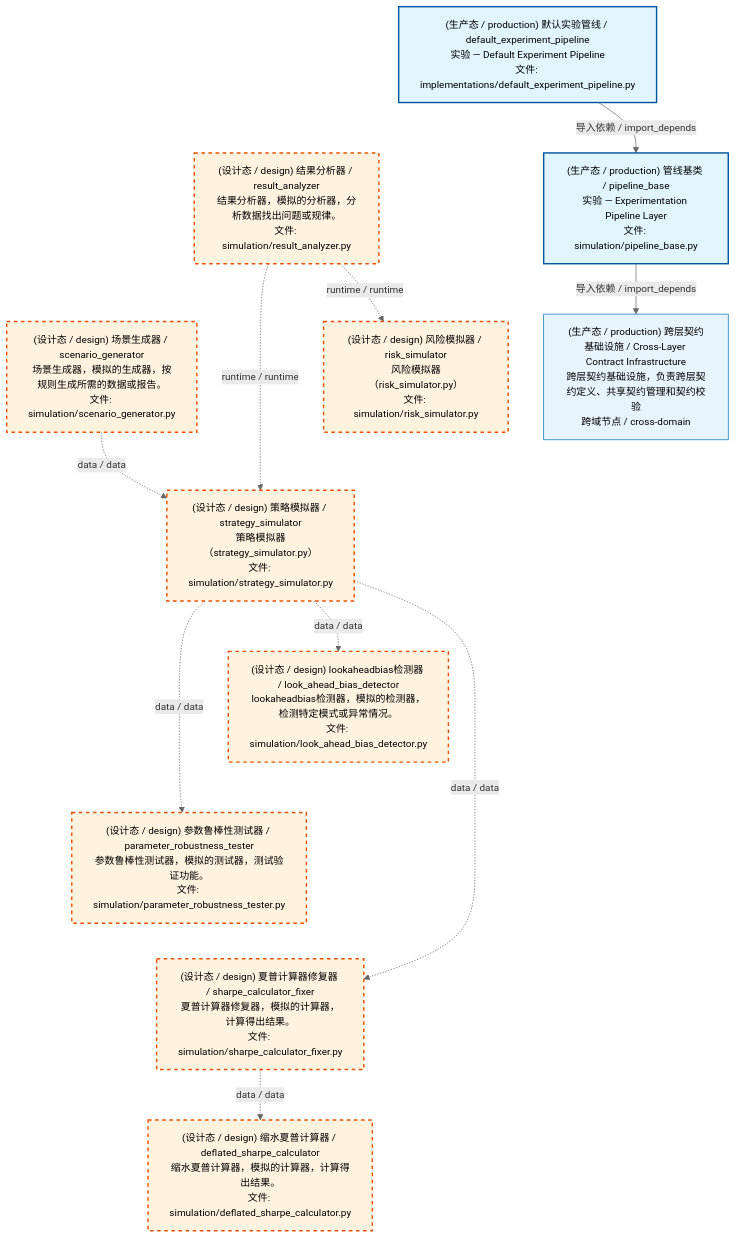
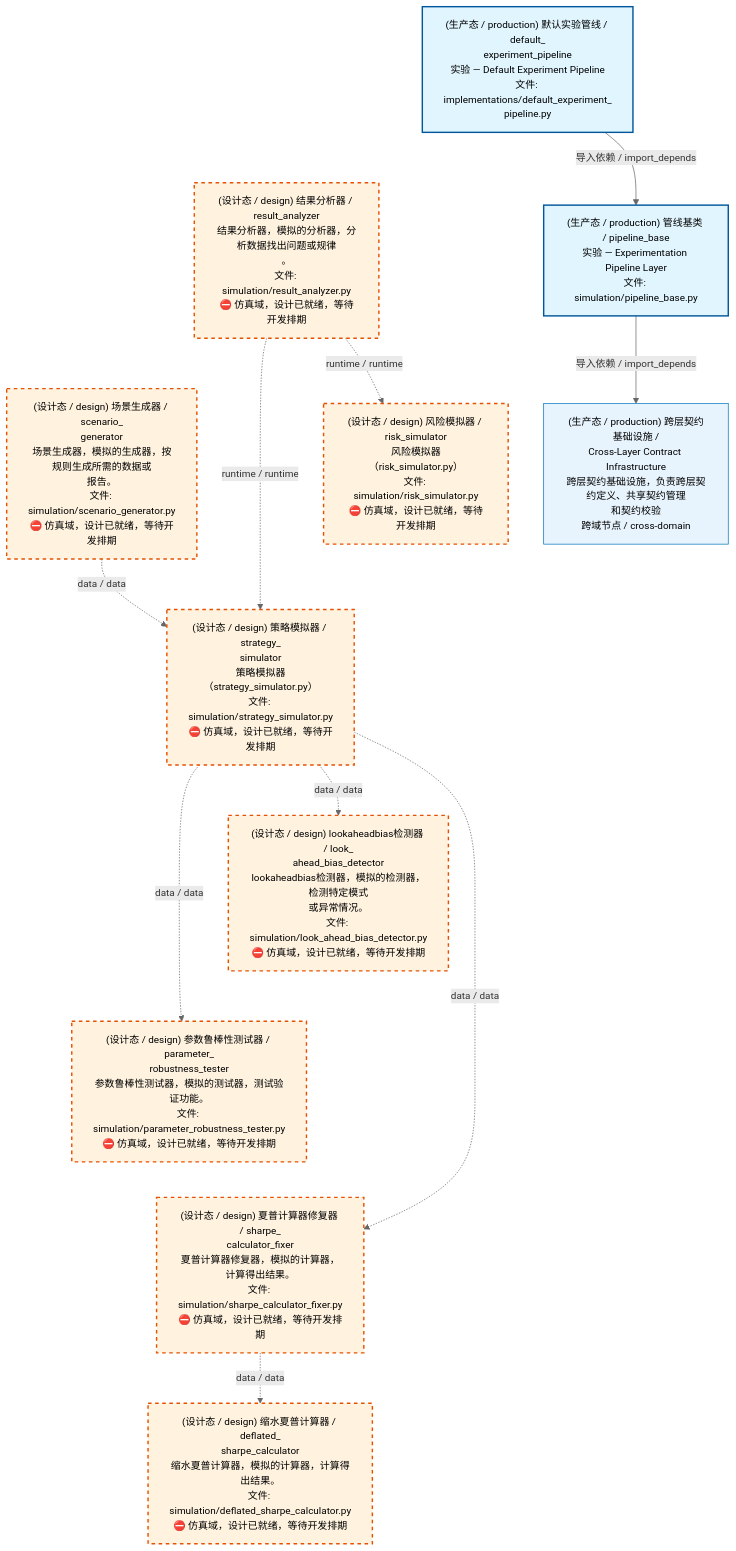
Before and after one commit to xuanFelixVan/ZephyrAlpha: the first of 4 diagrams in docs/02_enterprise_architecture/02_domain_architecture_docs/70_d_simulation.md, drawn with Mermaid. The commit also changed other lines of this file and 61 other files, not shown here.

````diff
--- a/docs/02_enterprise_architecture/02_domain_architecture_docs/70_d_simulation.md
+++ b/docs/02_enterprise_architecture/02_domain_architecture_docs/70_d_simulation.md
@@ -53,37 +53,37 @@
 ```mermaid
 %%{init: {'theme': 'base', 'themeVariables': {'primaryColor': '#eaeaea', 'primaryTextColor': '#333333', 'primaryBorderColor': '#666666', 'lineColor': '#666666', 'secondaryColor': '#eaeaea', 'tertiaryColor': '#eaeaea', 'fontSize': '14px'}}}%%
 flowchart TD
-    src_zephyr_simulation_implementations_default_experiment_pipeline_py["(生产态 / production) 默认实验管线 / default_experiment_pipeline<br/>实验 — Default Experiment Pipeline<br/>文件: implementations/default_experiment_pipeline.py"]
-    src_zephyr_simulation_result_analyzer_py["(设计态 / design) 结果分析器 / result_analyzer<br/>结果分析器，模拟的分析器，分析数据找出问题或规律。<br/>文件: simulation/result_analyzer.py"]
-    src_zephyr_simulation_scenario_generator_py["(设计态 / design) 场景生成器 / scenario_generator<br/>场景生成器，模拟的生成器，按规则生成所需的数据或报告。<br/>文件: simulation/scenario_generator.py"]
+    src_zephyr_simulation_implementations_default_experiment_pipeline_py["(生产态 / production) 默认实验管线 / default_<br/>experiment_pipeline<br/>实验 — Default Experiment Pipeline<br/>文件: implementations/default_experiment_<br/>pipeline.py"]
+    src_zephyr_simulation_result_analyzer_py["(设计态 / design) 结果分析器 / result_analyzer<br/>结果分析器，模拟的分析器，分析数据找出问题或规律<br/>。<br/>文件: simulation/result_analyzer.py<br/>⛔ 仿真域，设计已就绪，等待开发排期"]
+    src_zephyr_simulation_scenario_generator_py["(设计态 / design) 场景生成器 / scenario_<br/>generator<br/>场景生成器，模拟的生成器，按规则生成所需的数据或<br/>报告。<br/>文件: simulation/scenario_generator.py<br/>⛔ 仿真域，设计已就绪，等待开发排期"]
     src_zephyr_simulation_implementations_default_experiment_pipeline_py ~~~ src_zephyr_simulation_result_analyzer_py
     src_zephyr_simulation_result_analyzer_py ~~~ src_zephyr_simulation_scenario_generator_py
     src_zephyr_simulation_pipeline_base_py["(生产态 / production) 管线基类 / pipeline_base<br/>实验 — Experimentation Pipeline Layer<br/>文件: simulation/pipeline_base.py"]
-    src_zephyr_simulation_risk_simulator_py["(设计态 / design) 风险模拟器 / risk_simulator<br/>风险模拟器（risk_simulator.py）<br/>文件: simulation/risk_simulator.py"]
-    src_zephyr_simulation_strategy_simulator_py["(设计态 / design) 策略模拟器 / strategy_simulator<br/>策略模拟器（strategy_simulator.py）<br/>文件: simulation/strategy_simulator.py"]
+    src_zephyr_simulation_risk_simulator_py["(设计态 / design) 风险模拟器 / risk_simulator<br/>风险模拟器（risk_simulator.py）<br/>文件: simulation/risk_simulator.py<br/>⛔ 仿真域，设计已就绪，等待开发排期"]
+    src_zephyr_simulation_strategy_simulator_py["(设计态 / design) 策略模拟器 / strategy_<br/>simulator<br/>策略模拟器（strategy_simulator.py）<br/>文件: simulation/strategy_simulator.py<br/>⛔ 仿真域，设计已就绪，等待开发排期"]
     src_zephyr_simulation_pipeline_base_py ~~~ src_zephyr_simulation_risk_simulator_py
     src_zephyr_simulation_risk_simulator_py ~~~ src_zephyr_simulation_strategy_simulator_py
-    src_zephyr_simulation_look_ahead_bias_detector_py["(设计态 / design) lookaheadbias检测器 / look_ahead_bias_detector<br/>lookaheadbias检测器，模拟的检测器，检测特定模式或异常情况。<br/>文件: simulation/look_ahead_bias_detector.py"]
-    src_zephyr_simulation_parameter_robustness_tester_py["(设计态 / design) 参数鲁棒性测试器 / parameter_robustness_tester<br/>参数鲁棒性测试器，模拟的测试器，测试验证功能。<br/>文件: simulation/parameter_robustness_tester.py"]
-    src_zephyr_simulation_sharpe_calculator_fixer_py["(设计态 / design) 夏普计算器修复器 / sharpe_calculator_fixer<br/>夏普计算器修复器，模拟的计算器，计算得出结果。<br/>文件: simulation/sharpe_calculator_fixer.py"]
+    src_zephyr_simulation_look_ahead_bias_detector_py["(设计态 / design) lookaheadbias检测器 / look_<br/>ahead_bias_detector<br/>lookaheadbias检测器，模拟的检测器，检测特定模式<br/>或异常情况。<br/>文件: simulation/look_ahead_bias_detector.py<br/>⛔ 仿真域，设计已就绪，等待开发排期"]
+    src_zephyr_simulation_parameter_robustness_tester_py["(设计态 / design) 参数鲁棒性测试器 / parameter_<br/>robustness_tester<br/>参数鲁棒性测试器，模拟的测试器，测试验证功能。<br/>文件: simulation/parameter_robustness_tester.py<br/>⛔ 仿真域，设计已就绪，等待开发排期"]
+    src_zephyr_simulation_sharpe_calculator_fixer_py["(设计态 / design) 夏普计算器修复器 / sharpe_<br/>calculator_fixer<br/>夏普计算器修复器，模拟的计算器，计算得出结果。<br/>文件: simulation/sharpe_calculator_fixer.py<br/>⛔ 仿真域，设计已就绪，等待开发排期"]
     src_zephyr_simulation_look_ahead_bias_detector_py ~~~ src_zephyr_simulation_parameter_robustness_tester_py
     src_zephyr_simulation_parameter_robustness_tester_py ~~~ src_zephyr_simulation_sharpe_calculator_fixer_py
-    src_zephyr_simulation_deflated_sharpe_calculator_py["(设计态 / design) 缩水夏普计算器 / deflated_sharpe_calculator<br/>缩水夏普计算器，模拟的计算器，计算得出结果。<br/>文件: simulation/deflated_sharpe_calculator.py"]
+    src_zephyr_simulation_deflated_sharpe_calculator_py["(设计态 / design) 缩水夏普计算器 / deflated_<br/>sharpe_calculator<br/>缩水夏普计算器，模拟的计算器，计算得出结果。<br/>文件: simulation/deflated_sharpe_calculator.py<br/>⛔ 仿真域，设计已就绪，等待开发排期"]
     src_zephyr_simulation_strategy_simulator_py -.->|data / data| src_zephyr_simulation_parameter_robustness_tester_py
     src_zephyr_simulation_strategy_simulator_py -.->|data / data| src_zephyr_simulation_look_ahead_bias_detector_py
     src_zephyr_simulation_strategy_simulator_py -.->|data / data| src_zephyr_simulation_sharpe_calculator_fixer_py
     src_zephyr_simulation_scenario_generator_py -.->|data / data| src_zephyr_simulation_strategy_simulator_py
     src_zephyr_simulation_result_analyzer_py -.->|runtime / runtime| src_zephyr_simulation_strategy_simulator_py
     src_zephyr_simulation_result_analyzer_py -.->|runtime / runtime| src_zephyr_simulation_risk_simulator_py
     src_zephyr_simulation_sharpe_calculator_fixer_py -.->|data / data| src_zephyr_simulation_deflated_sharpe_calculator_py
     src_zephyr_simulation_implementations_default_experiment_pipeline_py -->|导入依赖 / import_depends| src_zephyr_simulation_pipeline_base_py
-    D_INFRASTRUCTURE["(生产态 / production) 跨层契约基础设施 / Cross-Layer Contract Infrastructure<br/>跨层契约基础设施，负责跨层契约定义、共享契约管理和契约校验<br/>跨域节点 / cross-domain"]
+    D_INFRASTRUCTURE["(生产态 / production) 跨层契约基础设施 /<br/>Cross-Layer Contract Infrastructure<br/>跨层契约基础设施，负责跨层契约定义、共享契约管理<br/>和契约校验<br/>跨域节点 / cross-domain"]
     src_zephyr_simulation_pipeline_base_py -->|导入依赖 / import_depends| D_INFRASTRUCTURE
     classDef production fill:#e1f5fe,stroke:#01579b,stroke-width:2px,color:#000
     classDef design fill:#fff3e0,stroke:#e65100,stroke-width:2px,color:#000,stroke-dasharray: 5 5
     classDef external_prod fill:#e8f4fd,stroke:#0277bd,stroke-width:1px,color:#000
     classDef external_design fill:#fff8e7,stroke:#ef6c00,stroke-width:1px,color:#000,stroke-dasharray: 5 5
     class src_zephyr_simulation_implementations_default_experiment_pipeline_py,src_zephyr_simulation_pipeline_base_py production
     class src_zephyr_simulation_deflated_sharpe_calculator_py,src_zephyr_simulation_look_ahead_bias_detector_py,src_zephyr_simulation_parameter_robustness_tester_py,src_zephyr_simulation_result_analyzer_py,src_zephyr_simulation_risk_simulator_py,src_zephyr_simulation_scenario_generator_py,src_zephyr_simulation_sharpe_calculator_fixer_py,src_zephyr_simulation_strategy_simulator_py design
     class D_INFRASTRUCTURE external_prod
 ```
````
